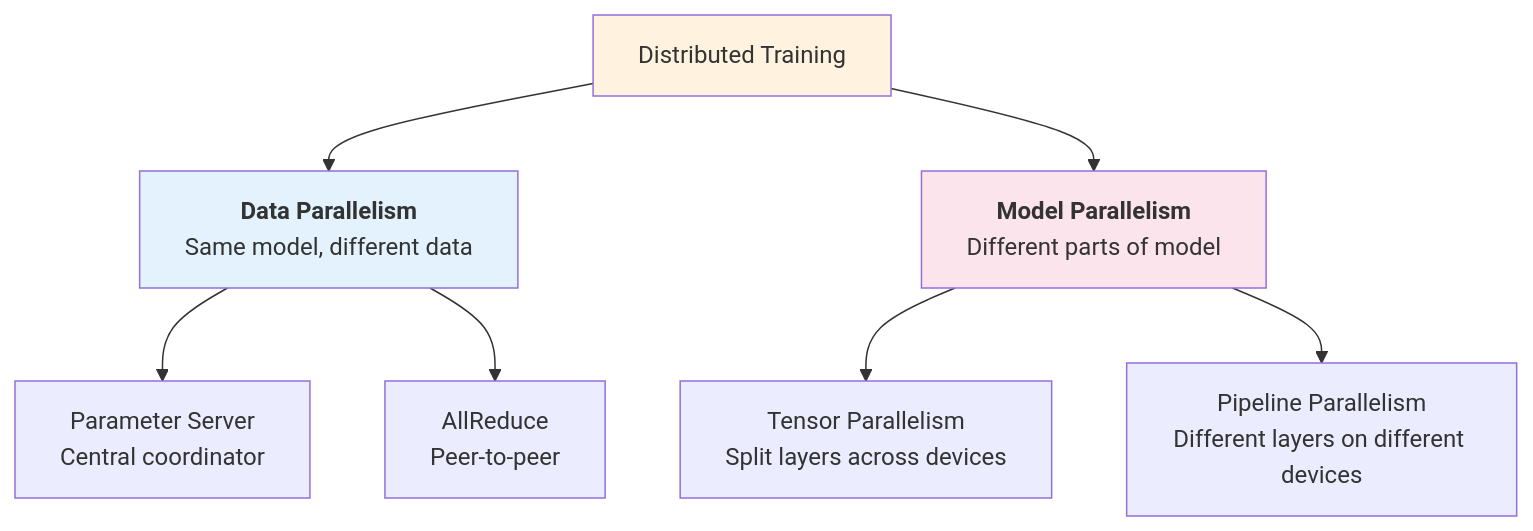
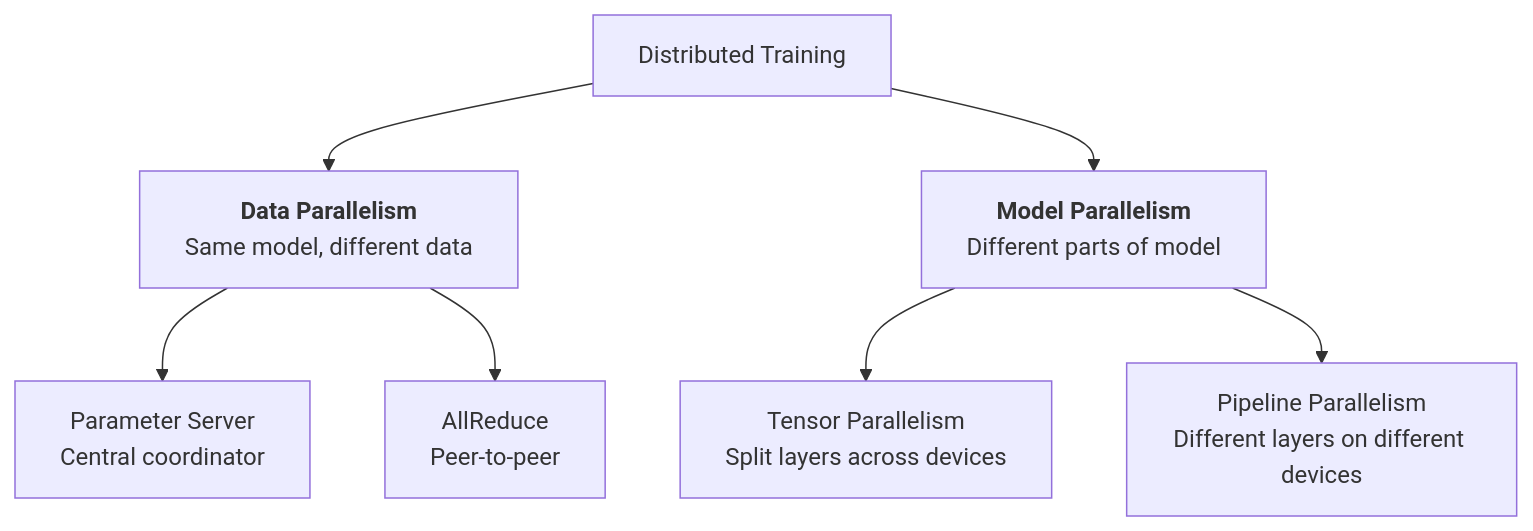
Before and after one commit to ImadDabbura/imaddabbura.github.io: the seventh of 7 diagrams in posts/mlsys/dl-systems.qmd, drawn with Mermaid. The commit also changed other lines of this file and 19 other files, not shown here.

````diff
--- a/posts/mlsys/dl-systems.qmd
+++ b/posts/mlsys/dl-systems.qmd
@@ -477,16 +459,13 @@
 ```{mermaid}
 %%| fig-cap: "Taxonomy of distributed training approaches"
 flowchart TD
     DT["Distributed Training"] --> DP["<b>Data Parallelism</b><br/>Same model, different data"]
     DT --> MP["<b>Model Parallelism</b><br/>Different parts of model"]
 
     DP --> PS["Parameter Server<br/>Central coordinator"]
     DP --> AR["AllReduce<br/>Peer-to-peer"]
 
     MP --> TP["Tensor Parallelism<br/>Split layers across devices"]
     MP --> PP["Pipeline Parallelism<br/>Different layers on different devices"]
 
-    style DT fill:#fff3e0
-    style DP fill:#e3f2fd
-    style MP fill:#fce4ec
 ```
````
